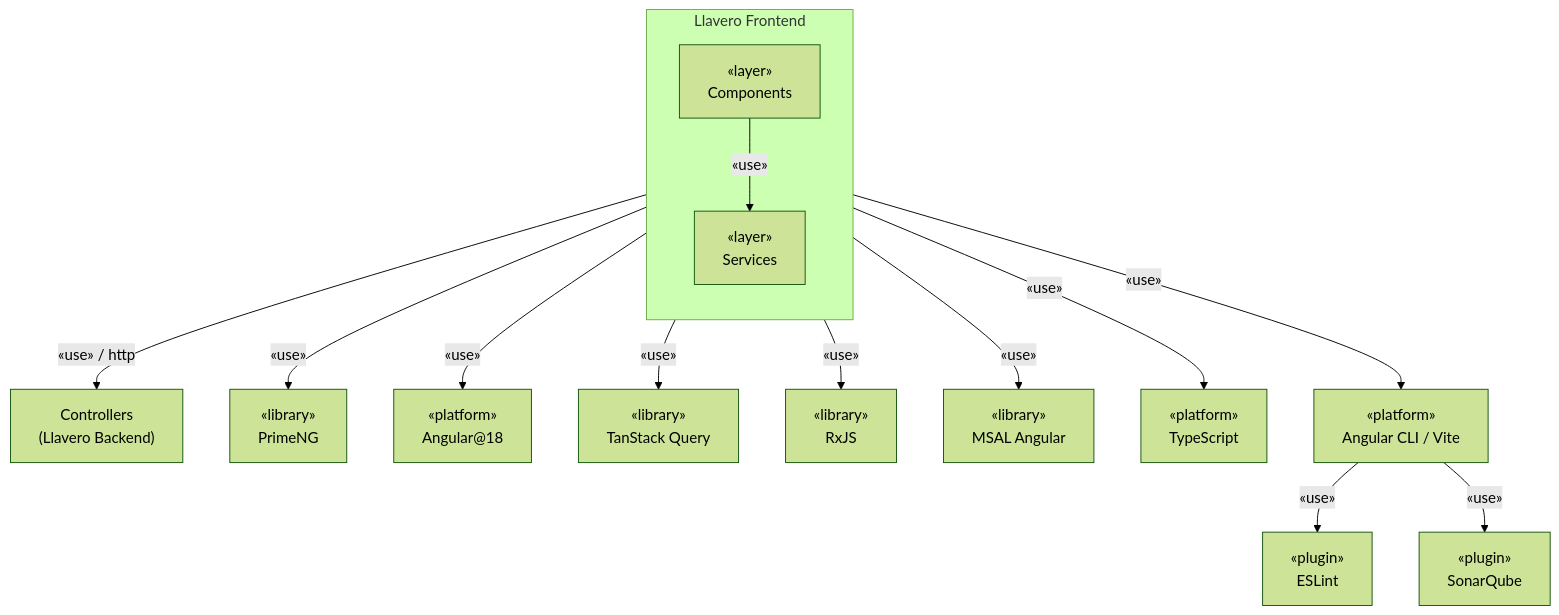
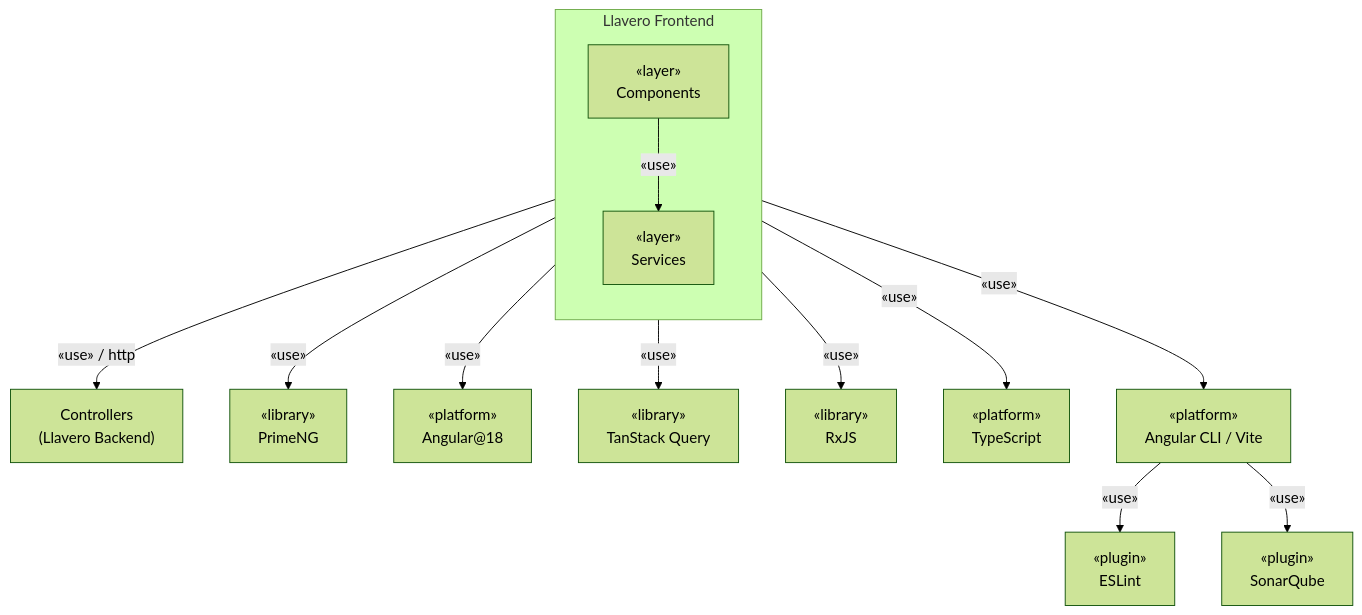
One commit to DanielPuertaBernal/llavero changed the second of 2 diagrams in DOC/4. DiseñoTacticoDetallado/4.4 Diagrama de Componentes.md. Above: the diagram before and after it, drawn with Mermaid (forest theme). The commit also changed other lines of this file and 2 other files, not shown here.

First line of the commit message:
docs: corregir menciones desactualizadas de MSAL en diagrama de componentes

````diff
--- a/DOC/4. DiseñoTacticoDetallado/4.4 Diagrama de Componentes.md
+++ b/DOC/4. DiseñoTacticoDetallado/4.4 Diagrama de Componentes.md
@@ -62,32 +62,30 @@
 ```mermaid
 flowchart TB
     subgraph FrontendApp["Llavero Frontend"]
         direction TB
         Components["«layer»<br/>Components"]
         Services["«layer»<br/>Services"]
 
         Components -- «use» --> Services
     end
 
     Services -- «use» / http --> BackendControllers["Controllers<br/>(Llavero Backend)"]
 
     PrimeNG["«library»<br/>PrimeNG"]
     Angular["«platform»<br/>Angular@18"]
     TanStackQuery["«library»<br/>TanStack Query"]
     RxJS["«library»<br/>RxJS"]
-    MSALAngular["«library»<br/>MSAL Angular"]
     TypeScript["«platform»<br/>TypeScript"]
     AngularCLI["«platform»<br/>Angular CLI / Vite"]
     ESLint["«plugin»<br/>ESLint"]
     SonarQubeFE["«plugin»<br/>SonarQube"]
 
     Components -- «use» --> PrimeNG
     Components -- «use» --> Angular
     Services -- «use» --> TanStackQuery
     Services -- «use» --> RxJS
-    Services -- «use» --> MSALAngular
     FrontendApp -- «use» --> TypeScript
     FrontendApp -- «use» --> AngularCLI
     AngularCLI -- «use» --> ESLint
     AngularCLI -- «use» --> SonarQubeFE
 ```
````
